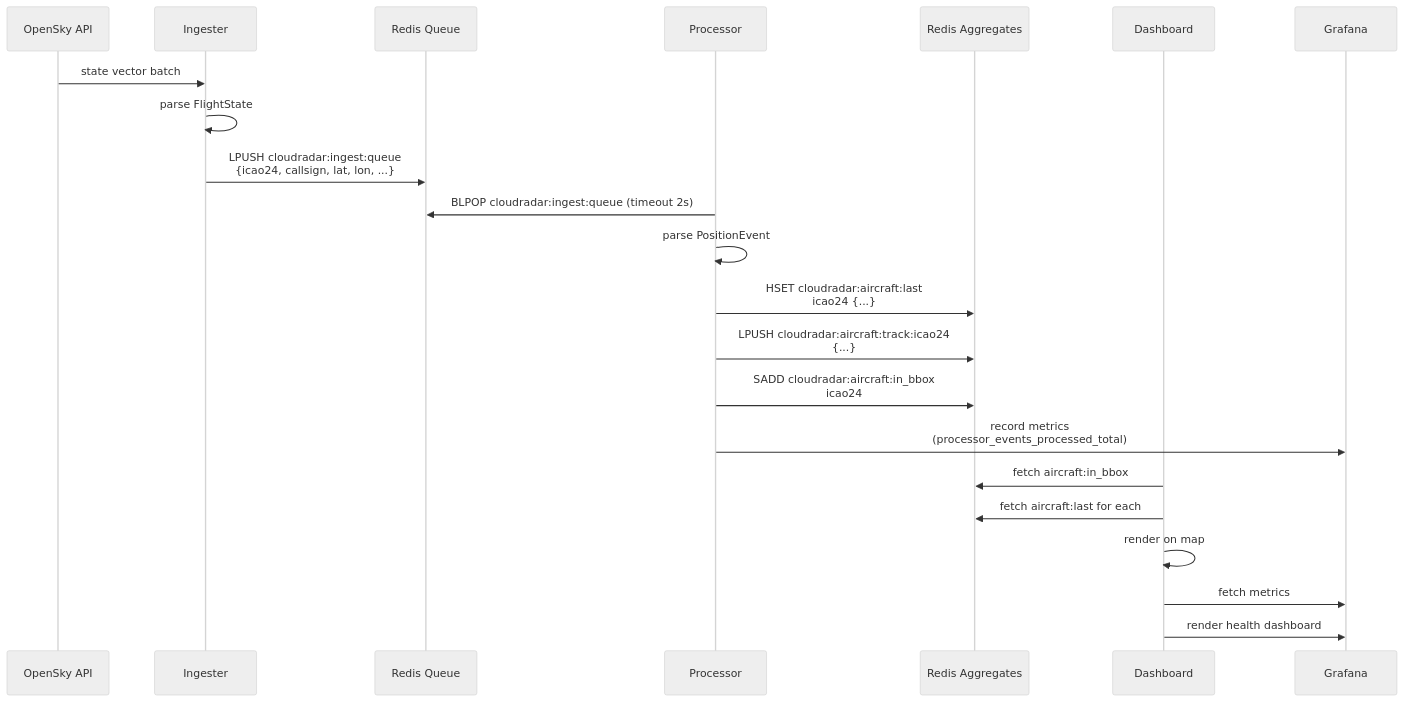
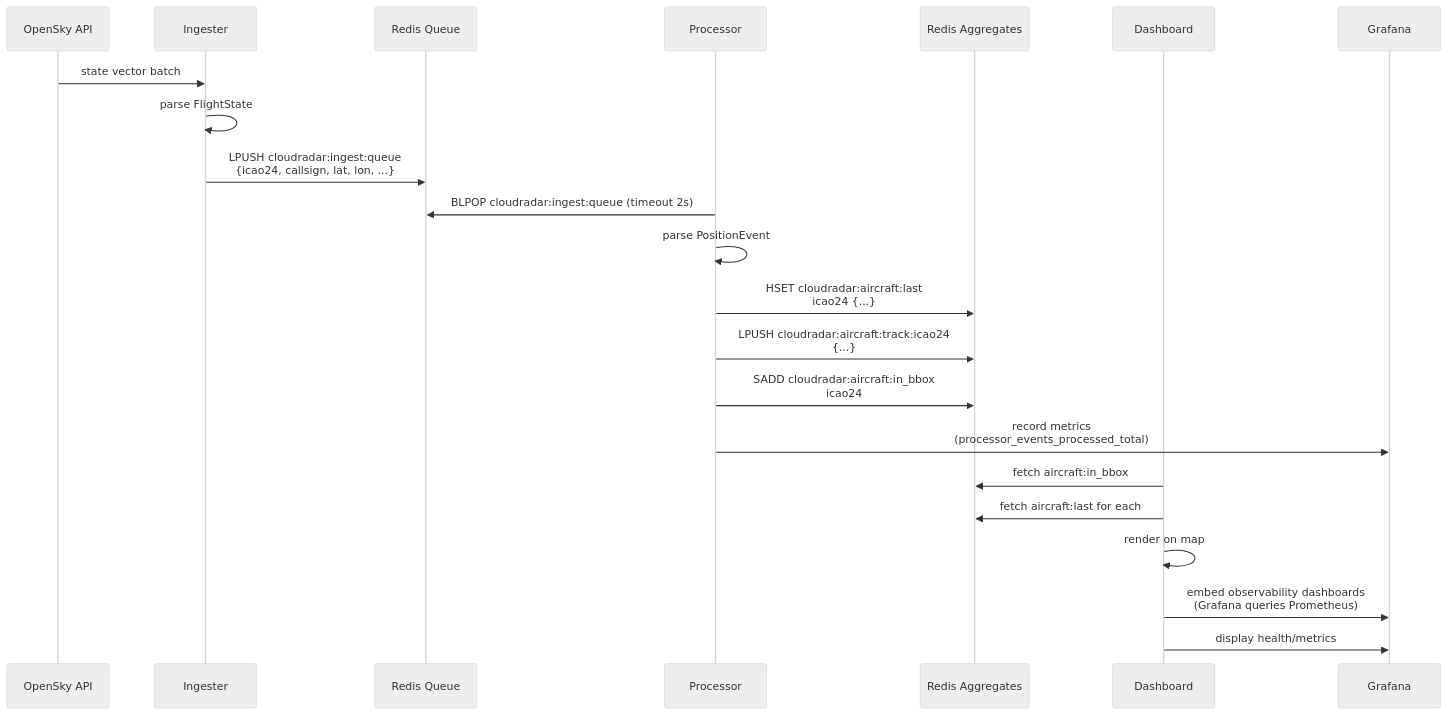
The seventh of 7 diagrams in docs/architecture/application-architecture.md (ClementV78/CloudRadar), drawn with Mermaid (neutral theme) before and after one commit. The commit also changed other lines of this file, not shown here.

Commit message:
docs(app): clarify section 5 (dashboard not yet implemented, prometheus metrics)

````diff
--- a/docs/architecture/application-architecture.md
+++ b/docs/architecture/application-architecture.md
@@ -418,27 +423,27 @@
 ```mermaid
 sequenceDiagram
     participant OpenSky as OpenSky API
     participant Ingester
     participant Redis as Redis Queue
     participant Processor
     participant RedisAgg as Redis Aggregates
     participant Dashboard
     participant Grafana
 
     OpenSky->>Ingester: state vector batch
     Ingester->>Ingester: parse FlightState
     Ingester->>Redis: LPUSH cloudradar:ingest:queue<br/>{icao24, callsign, lat, lon, ...}
     
     Processor->>Redis: BLPOP cloudradar:ingest:queue (timeout 2s)
     Processor->>Processor: parse PositionEvent
     Processor->>RedisAgg: HSET cloudradar:aircraft:last<br/>icao24 {...}
     Processor->>RedisAgg: LPUSH cloudradar:aircraft:track:icao24<br/>{...}
     Processor->>RedisAgg: SADD cloudradar:aircraft:in_bbox<br/>icao24
     Processor->>Grafana: record metrics<br/>(processor_events_processed_total)
     
     Dashboard->>RedisAgg: fetch aircraft:in_bbox
     Dashboard->>RedisAgg: fetch aircraft:last for each
     Dashboard->>Dashboard: render on map
-    Dashboard->>Grafana: fetch metrics
-    Dashboard->>Grafana: render health dashboard
+    Dashboard->>Grafana: embed observability dashboards<br/>(Grafana queries Prometheus)
+    Dashboard->>Grafana: display health/metrics
 ```
````
